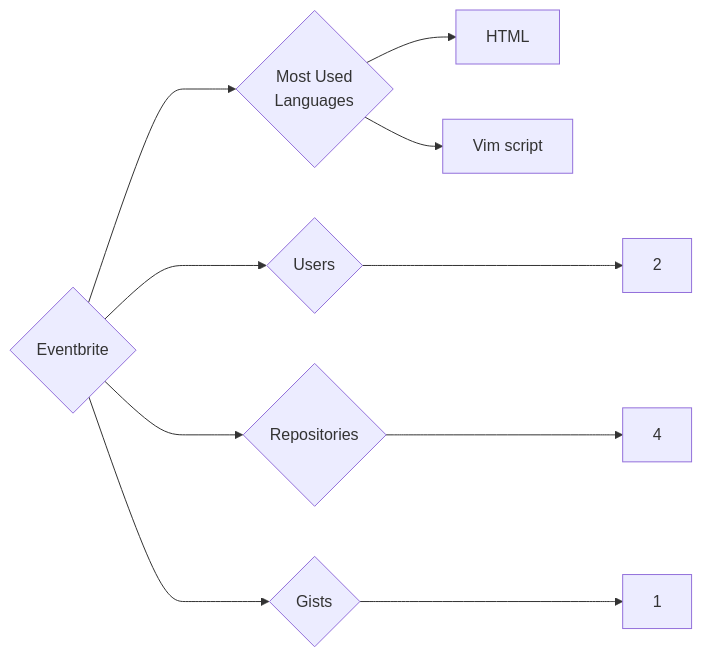
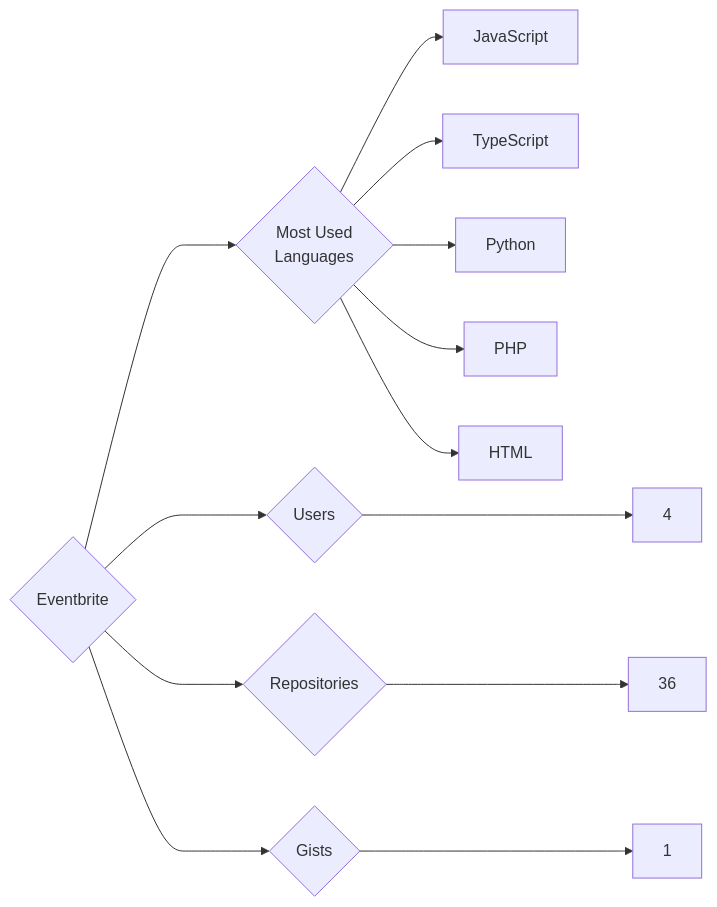
One commit to trickest/insiders changed the diagram in targets/Eventbrite/README.md. Above: the diagram before and after it, drawn with Mermaid. The commit also changed 912 other files, not shown here.

````diff
--- a/targets/Eventbrite/README.md
+++ b/targets/Eventbrite/README.md
@@ -3,10 +3,13 @@
 ```mermaid
 graph LR
 COMPANY_NAME{Eventbrite}
-COMPANY_NAME ---> U{Users} ---> UN[2]
-COMPANY_NAME ---> R{Repositories} ---> RN[4]
+COMPANY_NAME ---> U{Users} ---> UN[4]
+COMPANY_NAME ---> R{Repositories} ---> RN[36]
 COMPANY_NAME ---> G{Gists} ---> GN[1]
 COMPANY_NAME ---> ML{Most Used<br>Languages}
+ML --> JavaScript[JavaScript]
+ML --> TypeScript[TypeScript]
+ML --> Python[Python]
+ML --> PHP[PHP]
 ML --> HTML[HTML]
-ML --> Vim_script[Vim script]
 ```
````
